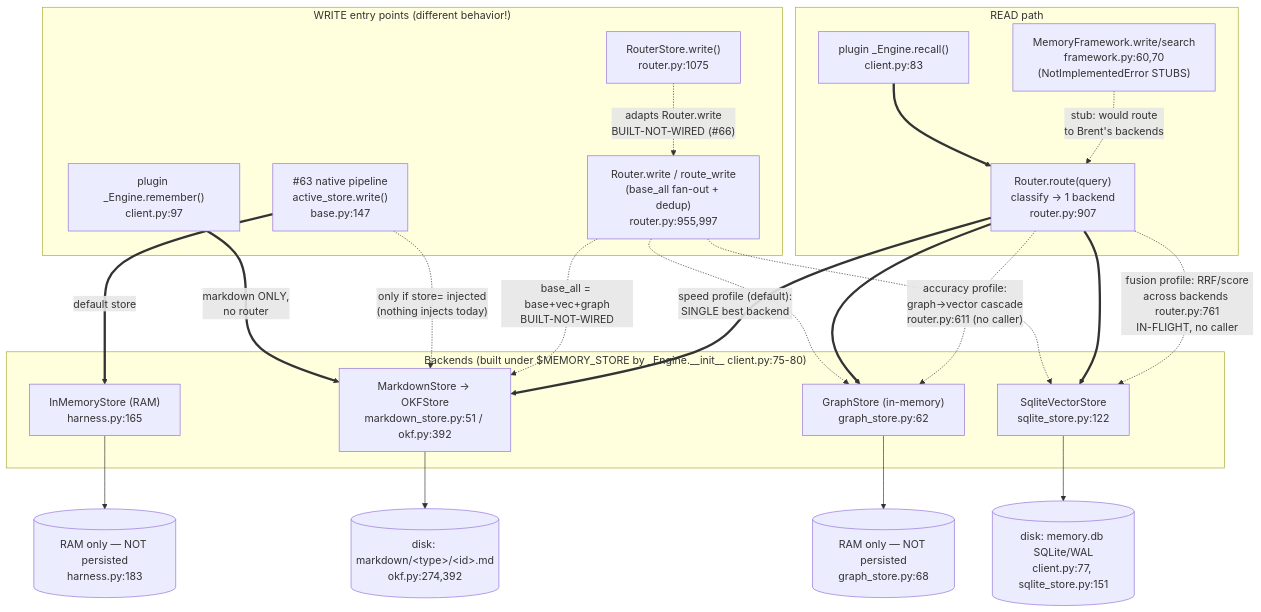
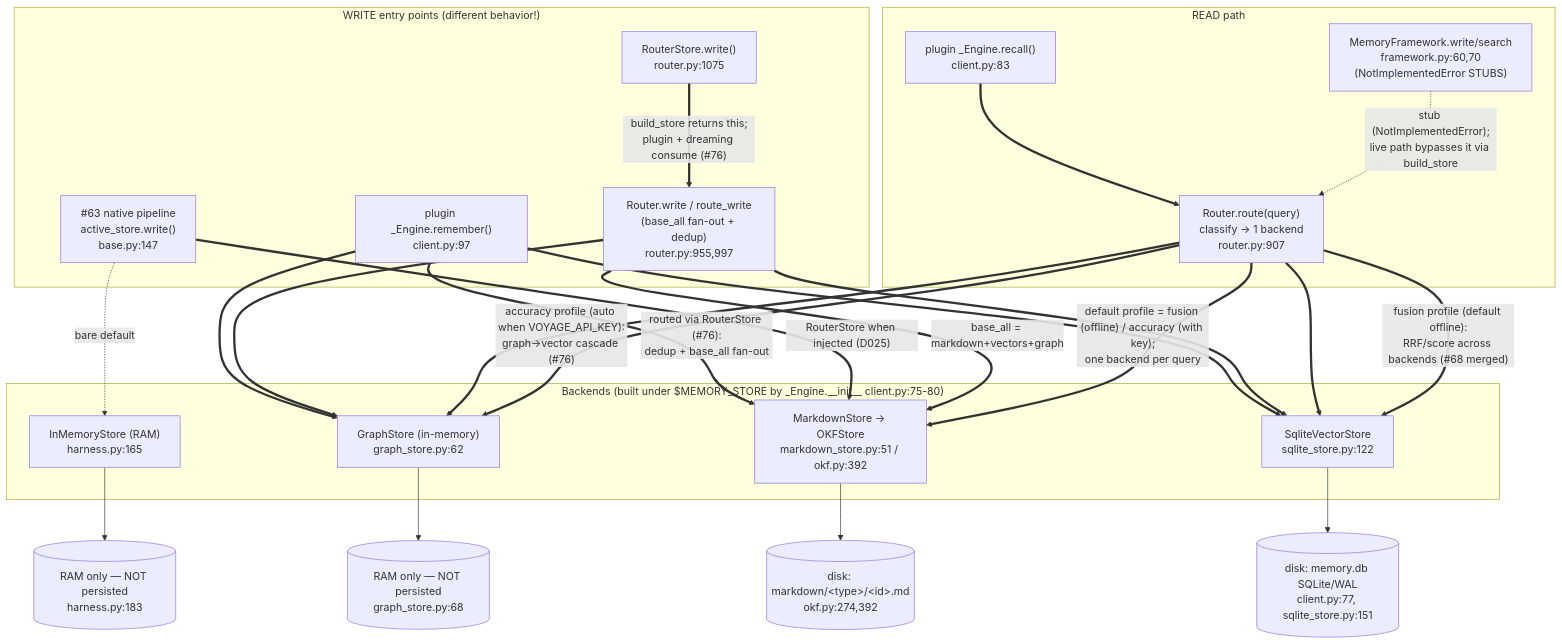
Before and after one commit to bgibson1618/capstone-workspace: the diagram in STORAGE_RETRIEVAL_MAP.md, drawn with Mermaid. The commit also changed other lines of this file and 2 other files, not shown here.

Commit message:
docs: finish /sanity remediation (rd2) — GRAPH_STORE_SCOPE starting-state relabel; REMEDIATION Status (plugin adopted + graph arc merged); STORAGE_RETRIEVAL_MAP Mermaid corrected + ASCII marked superseded; exhaustive re-grep clean

````diff
--- a/STORAGE_RETRIEVAL_MAP.md
+++ b/STORAGE_RETRIEVAL_MAP.md
@@ -60,45 +60,47 @@
 ```mermaid
 flowchart TD
     subgraph WRITE["WRITE entry points (different behavior!)"]
         PR["plugin _Engine.remember()<br/>client.py:97"]
         NR["#63 native pipeline<br/>active_store.write()<br/>base.py:147"]
         RW["Router.write / route_write<br/>(base_all fan-out + dedup)<br/>router.py:955,997"]
         RS["RouterStore.write()<br/>router.py:1075"]
     end
 
     subgraph READ["READ path"]
         REC["plugin _Engine.recall()<br/>client.py:83"]
         ROUTE["Router.route(query)<br/>classify -> 1 backend<br/>router.py:907"]
         FW["MemoryFramework.write/search<br/>framework.py:60,70<br/>(NotImplementedError STUBS)"]
     end
 
     subgraph BK["Backends (built under $MEMORY_STORE by _Engine.__init__ client.py:75-80)"]
         MD["MarkdownStore -> OKFStore<br/>markdown_store.py:51 / okf.py:392"]
         VEC["SqliteVectorStore<br/>sqlite_store.py:122"]
         GR["GraphStore (in-memory)<br/>graph_store.py:62"]
         IM["InMemoryStore (RAM)<br/>harness.py:165"]
     end
 
-    PR ==>|"markdown ONLY,<br/>no router"| MD
-    NR ==>|"default store"| IM
-    NR -.->|"only if store= injected<br/>(nothing injects today)"| MD
+    PR ==>|"routed via RouterStore (#76):<br/>dedup + base_all fan-out"| MD
+    PR ==> VEC
+    PR ==> GR
+    NR ==>|"RouterStore when injected (D025)"| MD
+    NR -.->|"bare default"| IM
 
-    RW -.->|"base_all = base+vec+graph<br/>BUILT-NOT-WIRED"| MD
-    RW -.-> VEC
-    RW -.-> GR
-    RS -.->|"adapts Router.write<br/>BUILT-NOT-WIRED (#66)"| RW
+    RS ==>|"build_store returns this;<br/>plugin + dreaming consume (#76)"| RW
+    RW ==>|"base_all = markdown+vectors+graph"| MD
+    RW ==> VEC
+    RW ==> GR
 
     REC ==> ROUTE
-    ROUTE ==>|"speed profile (default):<br/>SINGLE best backend"| MD
+    ROUTE ==>|"default profile = fusion (offline) / accuracy (with key);<br/>one backend per query"| MD
     ROUTE ==> VEC
     ROUTE ==> GR
-    ROUTE -.->|"accuracy profile:<br/>graph->vector cascade<br/>router.py:611 (no caller)"| GR
-    ROUTE -.->|"fusion profile: RRF/score<br/>across backends router.py:761<br/>IN-FLIGHT, no caller"| VEC
+    ROUTE ==>|"accuracy profile (auto when VOYAGE_API_KEY):<br/>graph->vector cascade (#76)"| GR
+    ROUTE ==>|"fusion profile (default offline):<br/>RRF/score across backends (#68 merged)"| VEC
 
-    FW -.->|"stub: would route<br/>to Brent's backends"| ROUTE
+    FW -.->|"stub (NotImplementedError);<br/>live path bypasses it via build_store"| ROUTE
 
     MD --> DISK1[("disk: markdown/&lt;type&gt;/&lt;id&gt;.md<br/>okf.py:274,392")]
     VEC --> DISK2[("disk: memory.db SQLite/WAL<br/>client.py:77, sqlite_store.py:151")]
     GR --> RAM1[("RAM only — NOT persisted<br/>graph_store.py:68")]
     IM --> RAM2[("RAM only — NOT persisted<br/>harness.py:183")]
 ```
````
